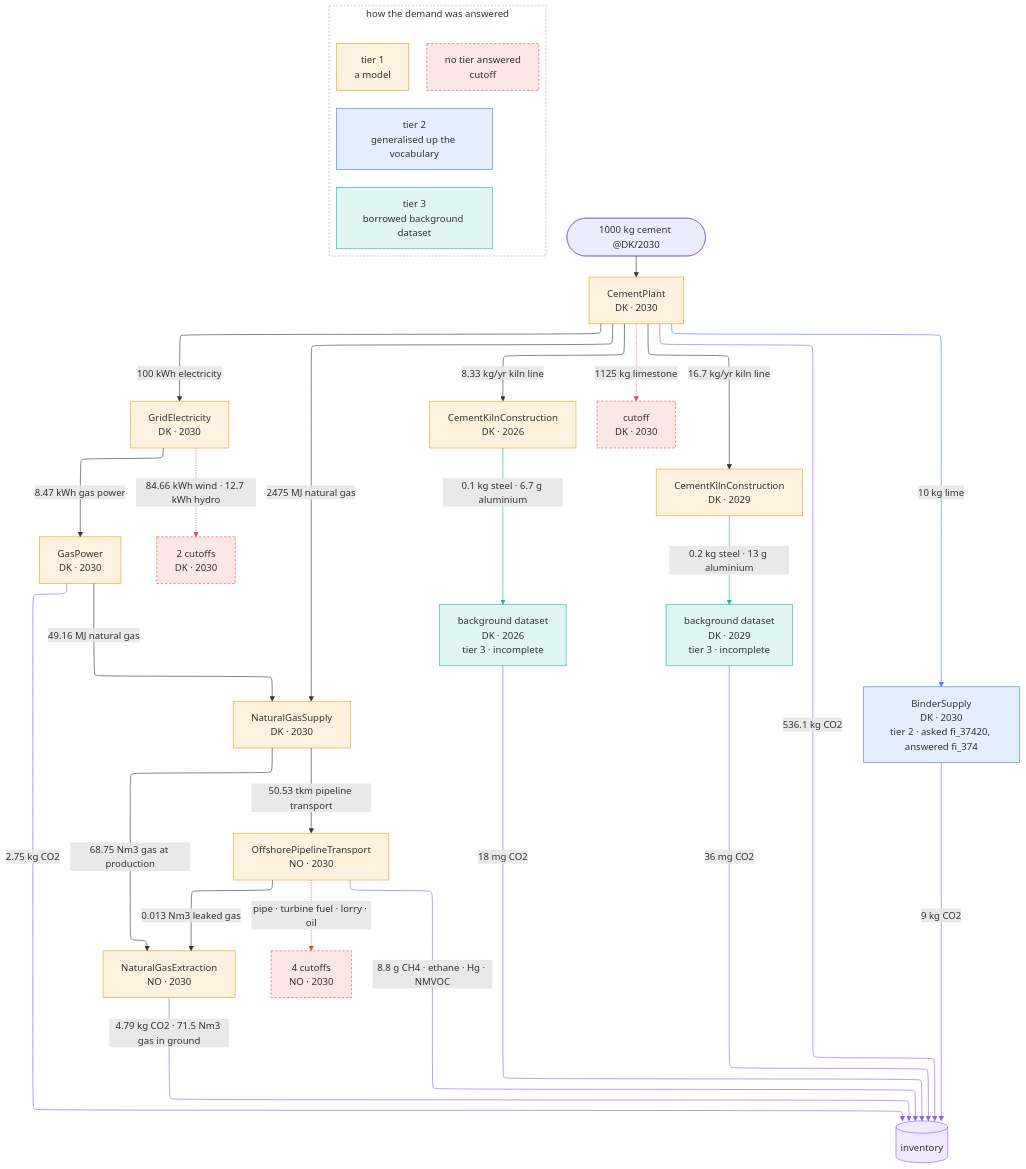
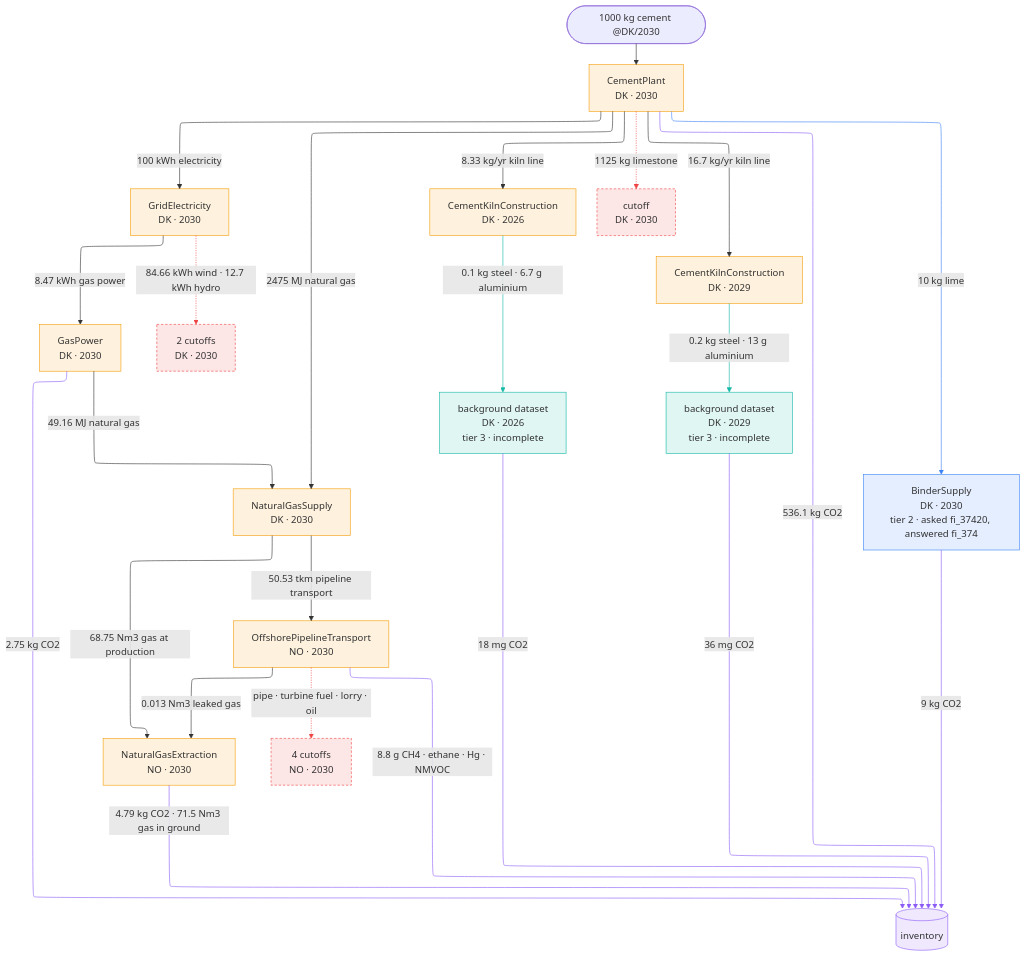
Before and after one commit to TimoDiepers/trailrunner: the second of 2 diagrams in docs/pitch-5min.md, drawn with Mermaid. The commit also changed other lines of this file and 1 other file, not shown here.

Commit message:
docs(showcase): drop the in-graph legend, keep the tier markers

````diff
--- a/docs/pitch-5min.md
+++ b/docs/pitch-5min.md
@@ -158,60 +158,48 @@
 ```mermaid
 %%{init: {'layout': 'elk'}}%%
 flowchart TB
     D(["1000 kg cement @DK/2030"]) --> CP["CementPlant<br/>DK · 2030"]
 
     CP -->|"2475 MJ natural gas"| NGS["NaturalGasSupply<br/>DK · 2030"]
     CP -->|"100 kWh electricity"| GE["GridElectricity<br/>DK · 2030"]
     CP -->|"10 kg lime"| BS["BinderSupply<br/>DK · 2030<br/>tier 2 · asked fi_37420, answered fi_374"]
     CP -->|"8.33 kg/yr kiln line"| K26["CementKilnConstruction<br/>DK · 2026"]
     CP -->|"16.7 kg/yr kiln line"| K29["CementKilnConstruction<br/>DK · 2029"]
     CP -.->|"1125 kg limestone"| XG["cutoff<br/>DK · 2030"]
 
     NGS -->|"68.75 Nm3 gas at production"| NGE["NaturalGasExtraction<br/>NO · 2030"]
     NGS -->|"50.53 tkm pipeline transport"| PT["OffshorePipelineTransport<br/>NO · 2030"]
     PT -->|"0.013 Nm3 leaked gas"| NGE
     PT -.->|"pipe · turbine fuel · lorry · oil"| XP["4 cutoffs<br/>NO · 2030"]
 
     GE -->|"8.47 kWh gas power"| GP["GasPower<br/>DK · 2030"]
     GE -.->|"84.66 kWh wind · 12.7 kWh hydro"| XE["2 cutoffs<br/>DK · 2030"]
     GP -->|"49.16 MJ natural gas"| NGS
 
     K26 -->|"0.1 kg steel · 6.7 g aluminium"| B26["background dataset<br/>DK · 2026<br/>tier 3 · incomplete"]
     K29 -->|"0.2 kg steel · 13 g aluminium"| B29["background dataset<br/>DK · 2029<br/>tier 3 · incomplete"]
 
     CP -->|"536.1 kg CO2"| INV[("inventory")]
     BS -->|"9 kg CO2"| INV
     GP -->|"2.75 kg CO2"| INV
     NGE -->|"4.79 kg CO2 · 71.5 Nm3 gas in ground"| INV
     PT -->|"8.8 g CH4 · ethane · Hg · NMVOC"| INV
     B26 -->|"18 mg CO2"| INV
     B29 -->|"36 mg CO2"| INV
 
-    subgraph LEGEND ["how the demand was answered"]
-      direction LR
-      L1["tier 1<br/>a model"]
-      L2["tier 2<br/>generalised up the vocabulary"]
-      L3["tier 3<br/>borrowed background dataset"]
-      L4["no tier answered<br/>cutoff"]
-    end
-
     classDef t1 fill:#f59e0b22,stroke:#f59e0b
     classDef t2 fill:#3b82f622,stroke:#3b82f6
     classDef t3 fill:#14b8a622,stroke:#14b8a6
     classDef gap fill:#ef444422,stroke:#ef4444,stroke-dasharray:4 3
     classDef record fill:#8b5cf622,stroke:#8b5cf6
     class CP,NGS,NGE,PT,GE,GP,K26,K29 t1
     class BS t2
     class B26,B29 t3
-    class XG,XP,XE,L4 gap
-    class L1 t1
-    class L2 t2
-    class L3 t3
-    style LEGEND fill:none,stroke:#94a3b8,stroke-dasharray:3 3
+    class XG,XP,XE gap
     class INV record
 
     linkStyle 3 stroke:#3b82f6
     linkStyle 14,15 stroke:#14b8a6
     linkStyle 6,10,12 stroke:#ef4444
     linkStyle 16,17,18,19,20,21,22 stroke:#8b5cf6
 ```
````
